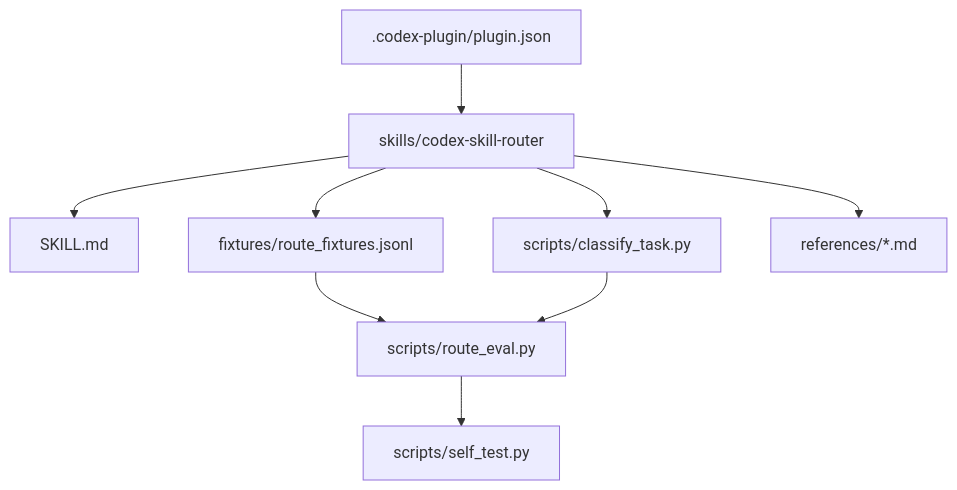
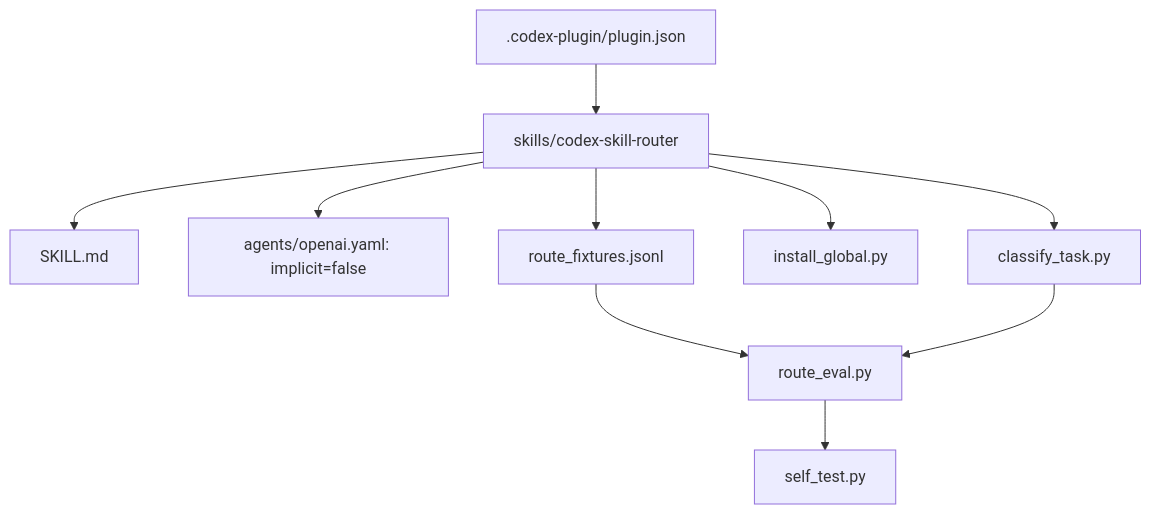
One commit to Merchantlee99/Vibebuilder changed the diagram in codex-skill/plugins/vibebuilder-codex-skill-router/README.md. Above: the diagram before and after it, drawn with Mermaid. The commit also changed other lines of this file and 13 other files, not shown here.

````diff
--- a/codex-skill/plugins/vibebuilder-codex-skill-router/README.md
+++ b/codex-skill/plugins/vibebuilder-codex-skill-router/README.md
@@ -43,11 +18,12 @@
 ```mermaid
 flowchart TD
     P[".codex-plugin/plugin.json"] --> S["skills/codex-skill-router"]
     S --> K["SKILL.md"]
-    S --> C["scripts/classify_task.py"]
-    S --> F["fixtures/route_fixtures.jsonl"]
-    S --> R["references/*.md"]
-    F --> E["scripts/route_eval.py"]
+    S --> M["agents/openai.yaml: implicit=false"]
+    S --> C["classify_task.py"]
+    S --> I["install_global.py"]
+    S --> F["route_fixtures.jsonl"]
+    F --> E["route_eval.py"]
     C --> E
-    E --> T["scripts/self_test.py"]
+    E --> T["self_test.py"]
 ```
````
